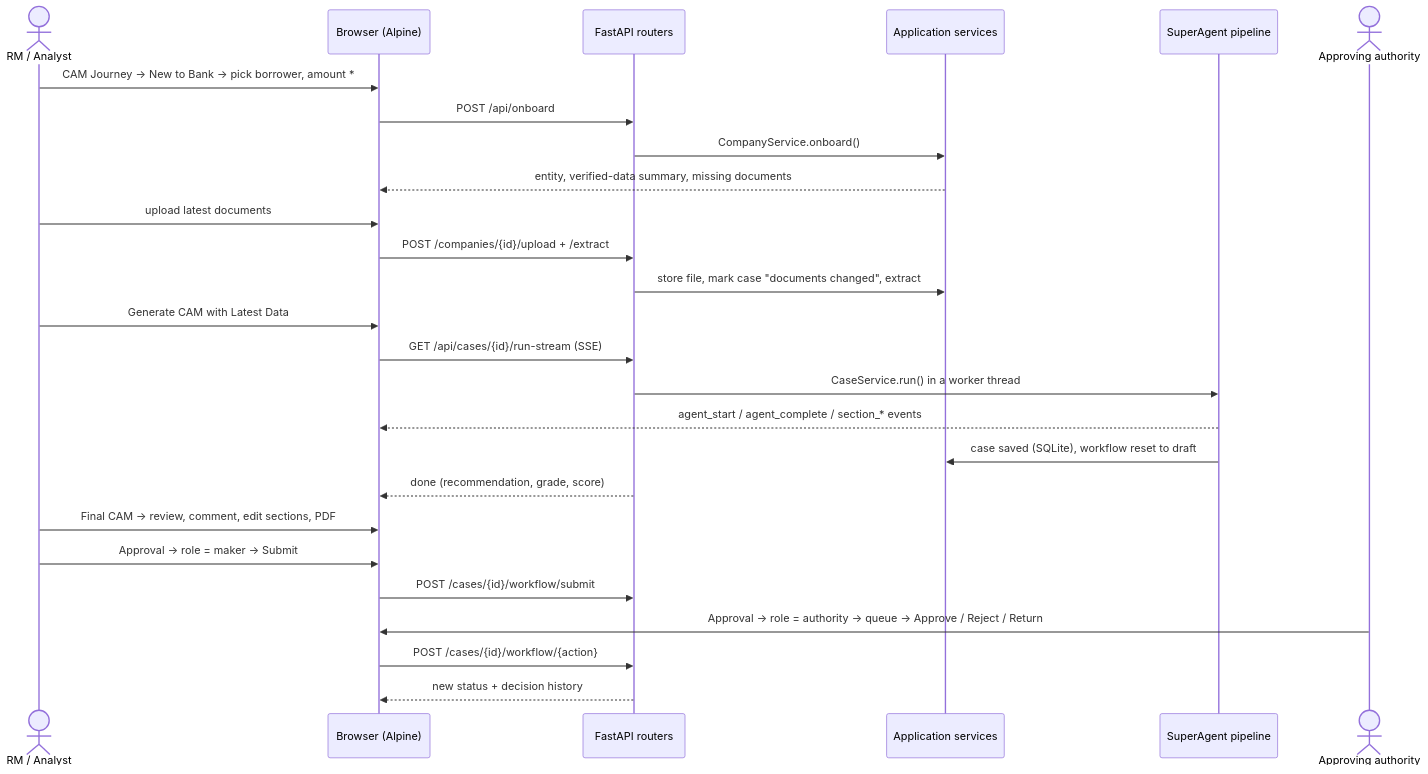
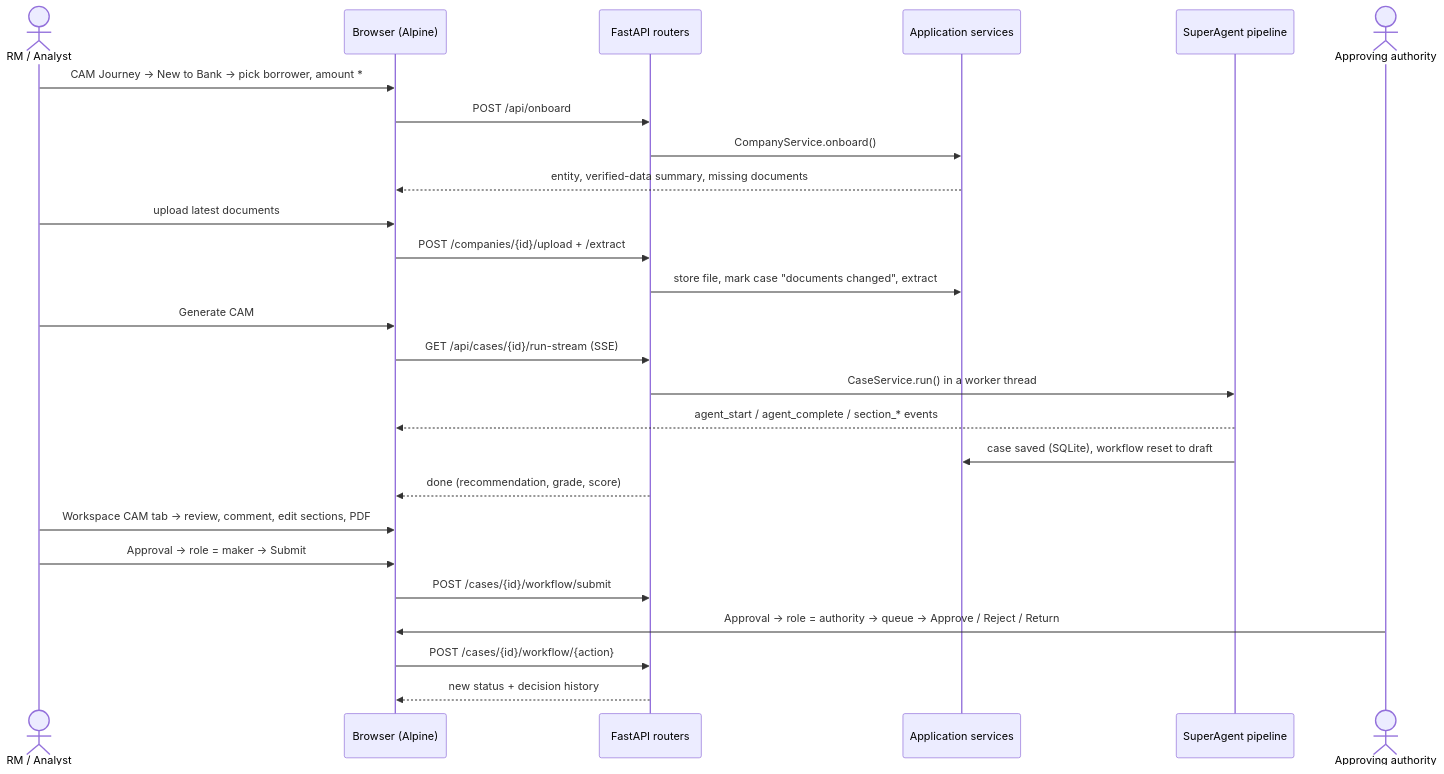
Before and after one commit to shireesh-git/digital-lending: the fourth of 5 diagrams in docs/FRONTEND_BACKEND_INTEGRATION.md, drawn with Mermaid. The commit also changed other lines of this file and 33 other files, not shown here.

````diff
--- a/docs/FRONTEND_BACKEND_INTEGRATION.md
+++ b/docs/FRONTEND_BACKEND_INTEGRATION.md
@@ -249,29 +259,29 @@
 ```mermaid
 sequenceDiagram
     actor RM as RM / Analyst
     participant UI as Browser (Alpine)
     participant API as FastAPI routers
     participant SVC as Application services
     participant PIPE as SuperAgent pipeline
     actor CHK as Approving authority
 
     RM->>UI: CAM Journey → New to Bank → pick borrower, amount *
     UI->>API: POST /api/onboard
     API->>SVC: CompanyService.onboard()
     SVC-->>UI: entity, verified-data summary, missing documents
     RM->>UI: upload latest documents
     UI->>API: POST /companies/{id}/upload + /extract
     API->>SVC: store file, mark case "documents changed", extract
-    RM->>UI: Generate CAM with Latest Data
+    RM->>UI: Generate CAM
     UI->>API: GET /api/cases/{id}/run-stream (SSE)
     API->>PIPE: CaseService.run() in a worker thread
     PIPE-->>UI: agent_start / agent_complete / section_* events
     PIPE->>SVC: case saved (SQLite), workflow reset to draft
     API-->>UI: done (recommendation, grade, score)
-    RM->>UI: Final CAM → review, comment, edit sections, PDF
+    RM->>UI: Workspace CAM tab → review, comment, edit sections, PDF
     RM->>UI: Approval → role = maker → Submit
     UI->>API: POST /cases/{id}/workflow/submit
     CHK->>UI: Approval → role = authority → queue → Approve / Reject / Return
     UI->>API: POST /cases/{id}/workflow/{action}
     API-->>UI: new status + decision history
 ```
````
